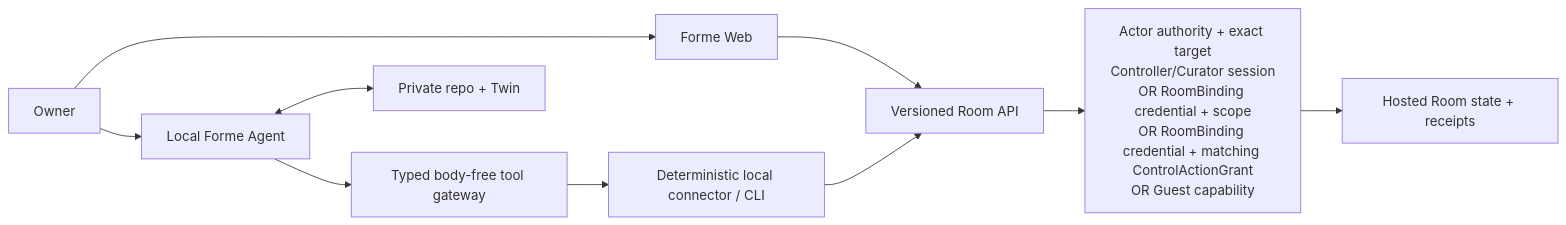
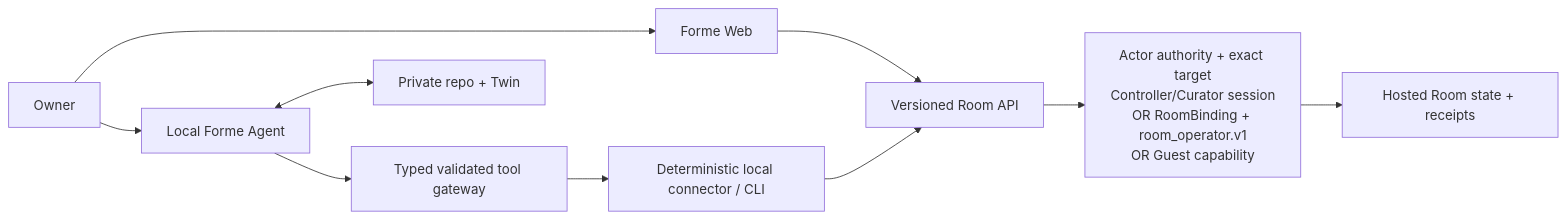
Before and after one commit to formehq/forme: the second of 2 diagrams in docs/R4-TECHNICAL-OWNER-REVIEW.md, drawn with Mermaid. The commit also changed other lines of this file and 12 other files, not shown here.

````diff
--- a/docs/R4-TECHNICAL-OWNER-REVIEW.md
+++ b/docs/R4-TECHNICAL-OWNER-REVIEW.md
@@ -373,12 +430,12 @@
 ```mermaid
 flowchart LR
     Owner["Owner"] --> Web["Forme Web"]
     Owner --> LocalAgent["Local Forme Agent"]
-    LocalAgent --> Tool["Typed body-free tool gateway"]
+    LocalAgent --> Tool["Typed validated tool gateway"]
     Tool --> Connector["Deterministic local connector / CLI"]
     Web --> API["Versioned Room API"]
     Connector --> API
-    API --> Auth["Actor authority + exact target<br/>Controller/Curator session<br/>OR RoomBinding credential + scope<br/>OR RoomBinding credential + matching ControlActionGrant<br/>OR Guest capability"]
+    API --> Auth["Actor authority + exact target<br/>Controller/Curator session<br/>OR RoomBinding + room_operator.v1<br/>OR Guest capability"]
     Auth --> Hosted["Hosted Room state + receipts"]
     LocalAgent <--> Private["Private repo + Twin"]
 ```
````
